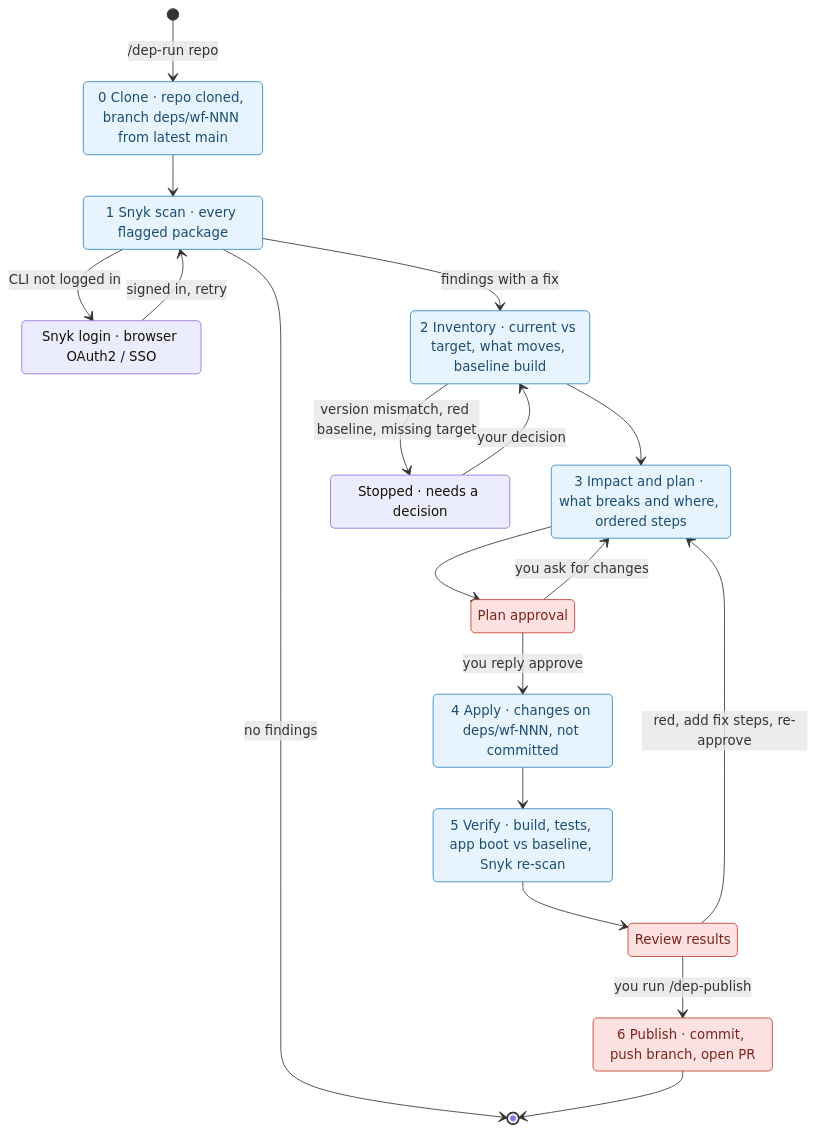
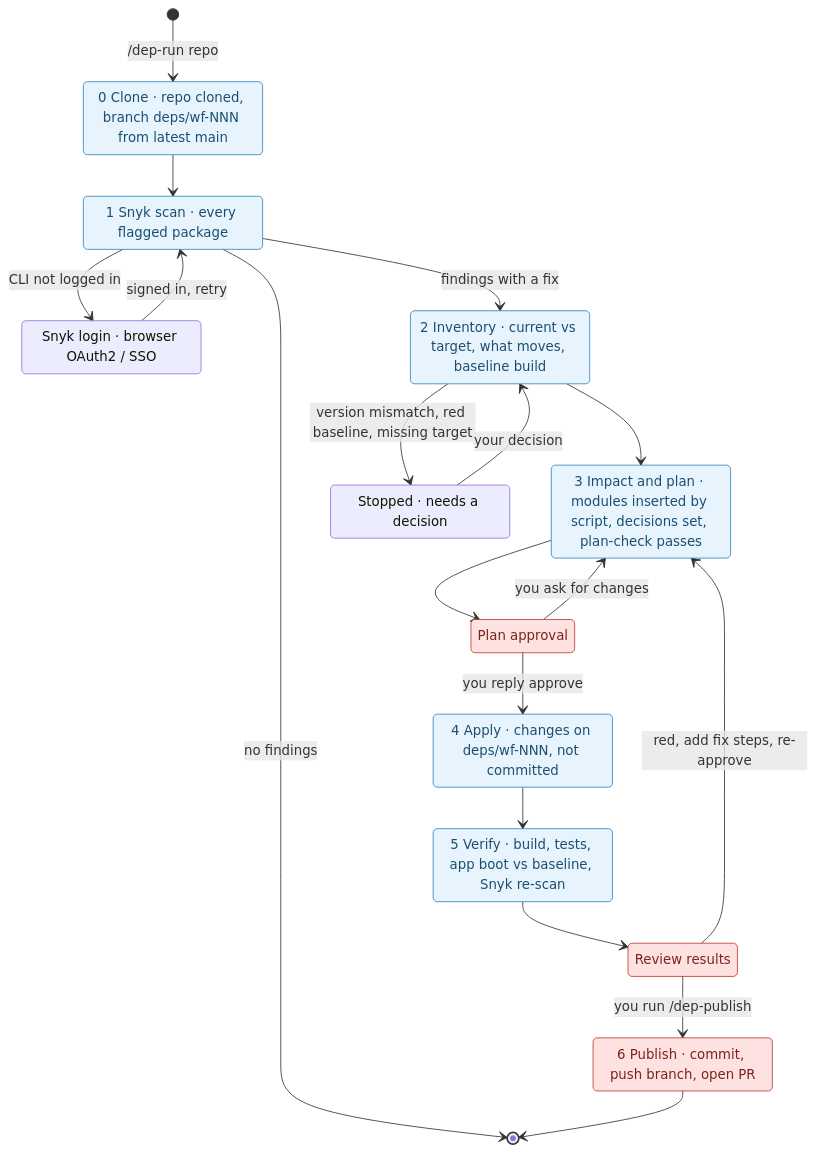
One commit to elinasarvari/snyk-update-package changed the second of 5 diagrams in docs/ARCHITECTURE.md. Above: the diagram before and after it, drawn with Mermaid. The commit also changed other lines of this file and 1 other file, not shown here.

First line of the commit message:
Docs: faster planning steps; architecture diagrams brought up to date

````diff
--- a/docs/ARCHITECTURE.md
+++ b/docs/ARCHITECTURE.md
@@ -50,38 +50,38 @@
 ```mermaid
 stateDiagram-v2
     direction TB
     [*] --> Clone: /dep-run repo
     Clone: 0 Clone · repo cloned, branch deps/wf-NNN from latest main
     Scan: 1 Snyk scan · every flagged package
     Login: Snyk login · browser OAuth2 / SSO
     Inventory: 2 Inventory · current vs target, what moves, baseline build
-    Analyze: 3 Impact and plan · what breaks and where, ordered steps
+    Analyze: 3 Impact and plan · modules inserted by script, decisions set, plan-check passes
     Approve: Plan approval
     Apply: 4 Apply · changes on deps/wf-NNN, not committed
     Verify: 5 Verify · build, tests, app boot vs baseline, Snyk re-scan
     Review: Review results
     Publish: 6 Publish · commit, push branch, open PR
     Blocked: Stopped · needs a decision
 
     Clone --> Scan
     Scan --> Login: CLI not logged in
     Login --> Scan: signed in, retry
     Scan --> Inventory: findings with a fix
     Scan --> [*]: no findings
     Inventory --> Analyze
     Inventory --> Blocked: version mismatch, red baseline, missing target
     Blocked --> Inventory: your decision
     Analyze --> Approve
     Approve --> Apply: you reply approve
     Approve --> Analyze: you ask for changes
     Apply --> Verify
     Verify --> Review
     Review --> Analyze: red, add fix steps, re-approve
     Review --> Publish: you run /dep-publish
     Publish --> [*]
 
     classDef gate fill:#fde2e1,stroke:#c0392b,color:#7b241c
     classDef auto fill:#e8f4fd,stroke:#2e86c1,color:#1b4f72
     class Approve,Review,Publish gate
     class Clone,Scan,Inventory,Analyze,Apply,Verify auto
 ```
````
